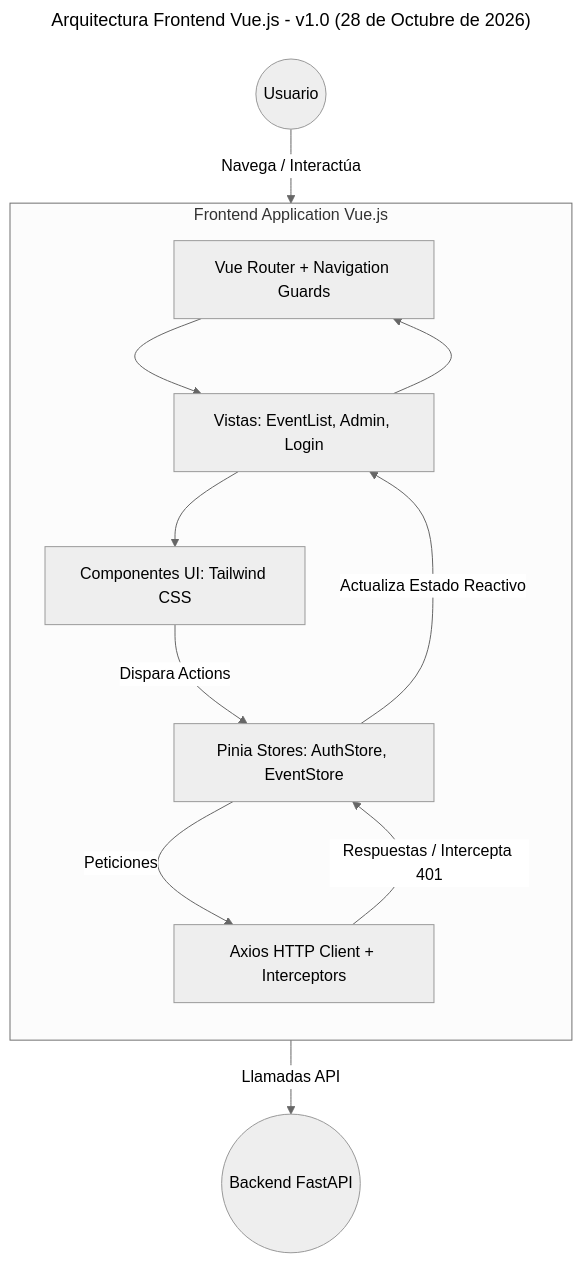
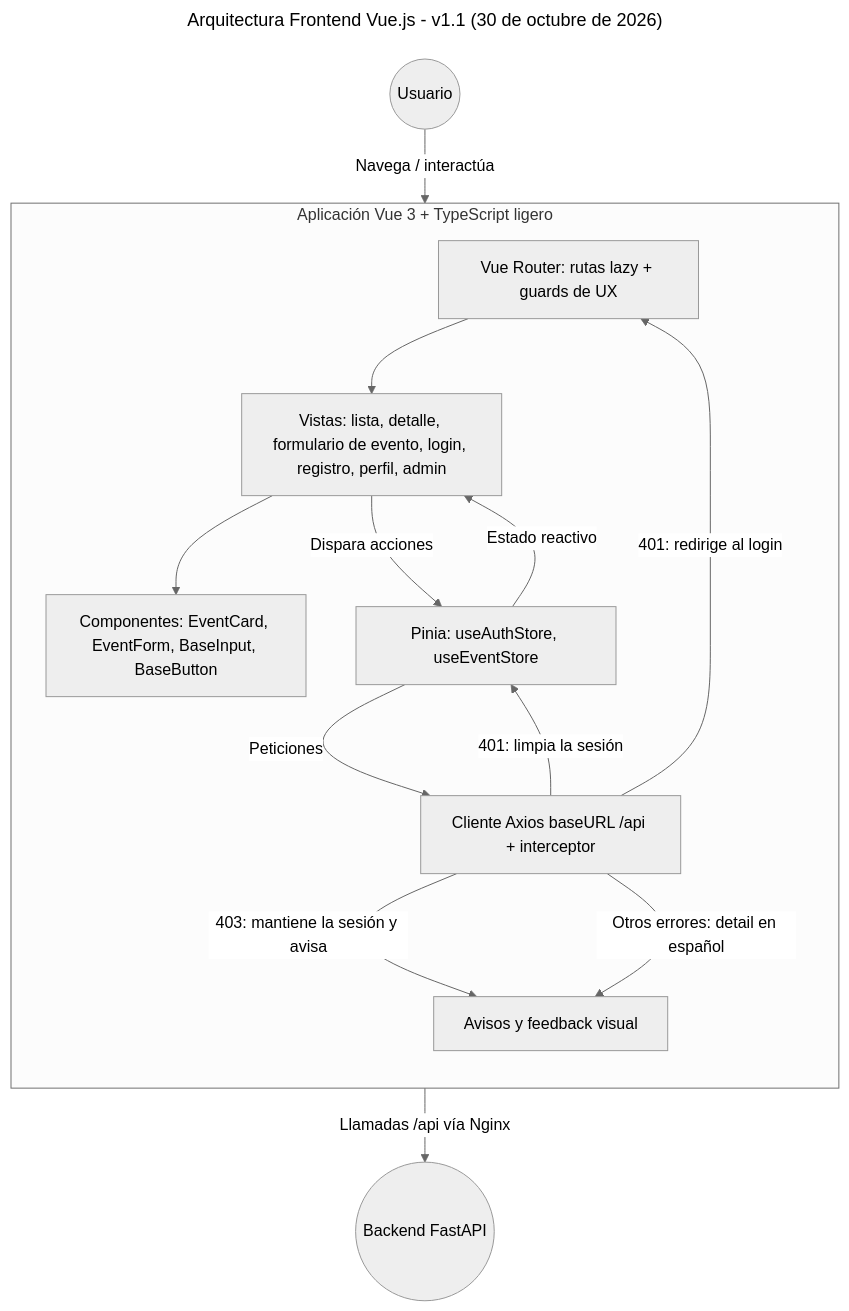
The fourth of 4 diagrams in docs/Analisis-Arquitectonico-Funcional-Plataforma-Mis-Eventos.md (sebaxtian/mis-eventos), drawn with Mermaid (neutral theme) before and after one commit. The commit also changed other lines of this file and 7 other files, not shown here.

First line of the commit message:
chore: estado base del repositorio con arquitectura v1.1 y entorno de desarrollo

````diff
--- a/docs/Analisis-Arquitectonico-Funcional-Plataforma-Mis-Eventos.md
+++ b/docs/Analisis-Arquitectonico-Funcional-Plataforma-Mis-Eventos.md
@@ -139,25 +265,28 @@
 ```mermaid
 ---
-title: Arquitectura Frontend Vue.js - v1.0 (28 de Octubre de 2026)
+title: Arquitectura Frontend Vue.js - v1.1 (30 de octubre de 2026)
 ---
 graph TD
-    subgraph Frontend Application Vue.js
+    subgraph Aplicación Vue 3 + TypeScript ligero
         direction TB
-        Router[Vue Router + Navigation Guards]
-        Views[Vistas: EventList, Admin, Login]
-        Components[Componentes UI: Tailwind CSS]
-        Pinia[Pinia Stores: AuthStore, EventStore]
-        Axios[Axios HTTP Client + Interceptors]
+        Router[Vue Router: rutas lazy + guards de UX]
+        Views[Vistas: lista, detalle, formulario de evento, login, registro, perfil, admin]
+        Components[Componentes: EventCard, EventForm, BaseInput, BaseButton]
+        Pinia[Pinia: useAuthStore, useEventStore]
+        Axios[Cliente Axios baseURL /api + interceptor]
+        Notice[Avisos y feedback visual]
     end
 
-    User((Usuario)) -->|Navega / Interactúa| Views
-    Views --> Router
+    User((Usuario)) -->|Navega / interactúa| Views
     Router --> Views
     Views --> Components
-    Components -->|Dispara Actions| Pinia
+    Views -->|Dispara acciones| Pinia
     Pinia -->|Peticiones| Axios
-    Axios -->|Respuestas / Intercepta 401| Pinia
-    Pinia -->|Actualiza Estado Reactivo| Views
+    Axios -->|Llamadas /api vía Nginx| API((Backend FastAPI))
 
-    Axios -->|Llamadas API| API((Backend FastAPI))
+    Axios -->|401: limpia la sesión| Pinia
+    Axios -->|401: redirige al login| Router
+    Axios -->|403: mantiene la sesión y avisa| Notice
+    Axios -->|Otros errores: detail en español| Notice
+    Pinia -->|Estado reactivo| Views
 ```
````
